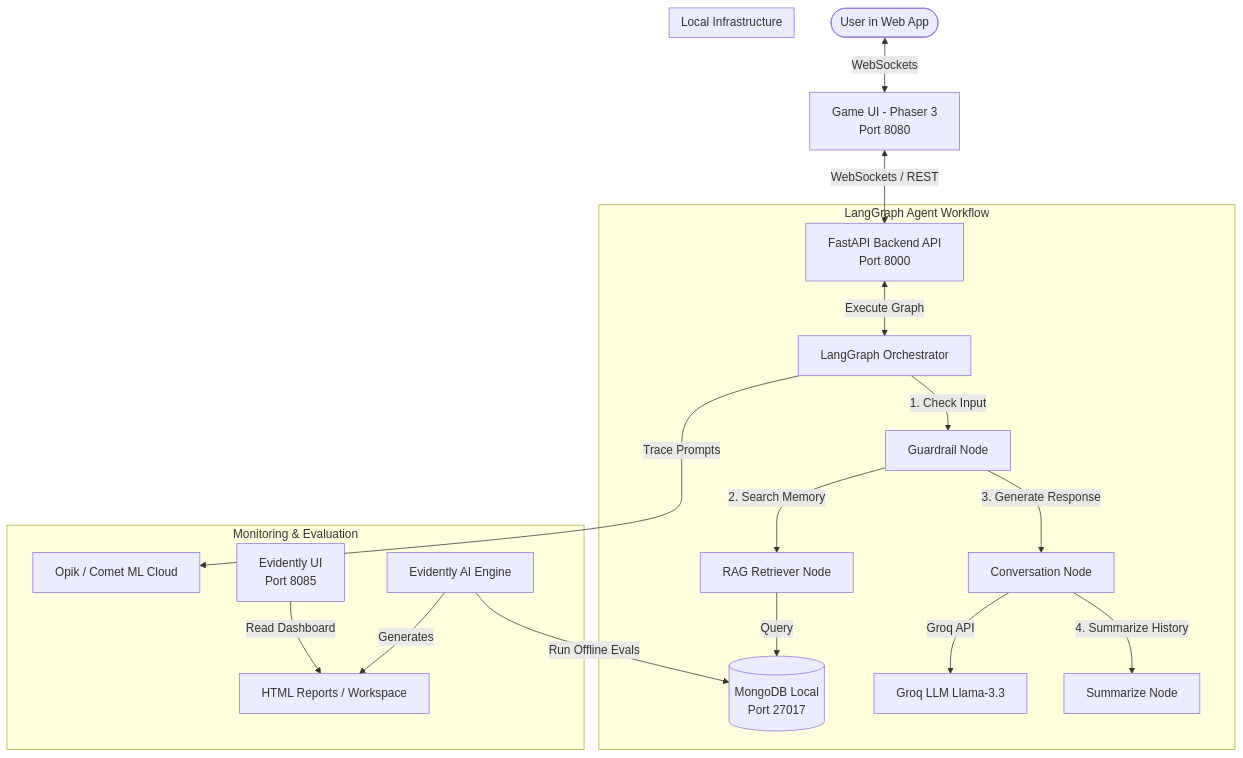
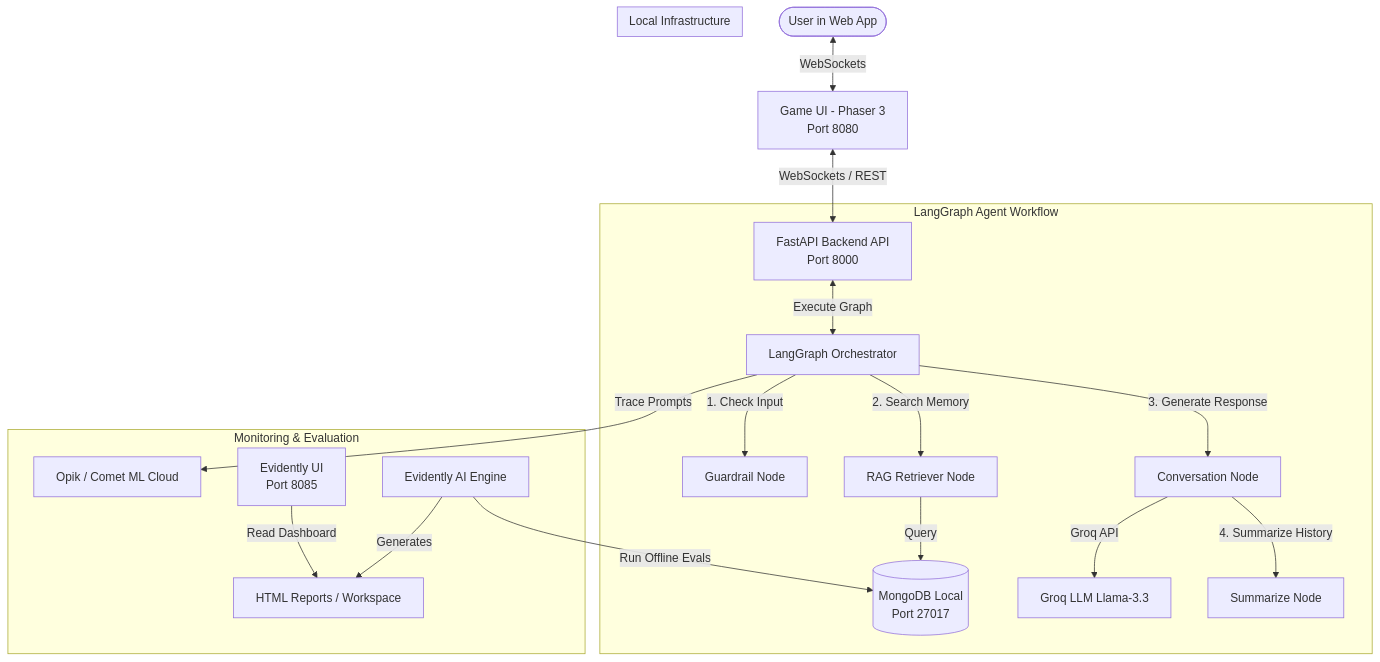
The first of 2 diagrams in README.md (apra05/Philoagents), drawn with Mermaid before and after one commit. The commit also changed other lines of this file, not shown here.

Commit message:
docs: Fix Mermaid syntax errors by quoting special character labels

````diff
--- a/README.md
+++ b/README.md
@@ -44,26 +44,26 @@
 ```mermaid
 graph TD
-    User([User in Web App]) <-->|WebSockets| UI[Game UI - Phaser 3<br>Port 8080]
-    UI <-->|WebSockets / REST| API[FastAPI Backend API<br>Port 8000]
+    User([User in Web App]) <-->|"WebSockets"| UI["Game UI - Phaser 3<br>Port 8080"]
+    UI <-->|"WebSockets / REST"| API["FastAPI Backend API<br>Port 8000"]
     
     subgraph Agentic System [LangGraph Agent Workflow]
-        API <-->|Execute Graph| LG[LangGraph Orchestrator]
-        LG -->|1. Check Input| Guard[Guardrail Node]
-        Guard -->|2. Search Memory| Retrieve[RAG Retriever Node]
-        Retrieve -->|Query| DB
-        Guard -->|3. Generate Response| Conv[Conversation Node]
-        Conv -->|Groq API| Groq[Groq LLM Llama-3.3]
-        Conv -->|4. Summarize History| SumNode[Summarize Node]
+        API <-->|"Execute Graph"| LG[LangGraph Orchestrator]
+        LG -->|"1. Check Input"| Guard[Guardrail Node]
+        LG -->|"2. Search Memory"| Retrieve[RAG Retriever Node]
+        Retrieve -->|"Query"| DB
+        LG -->|"3. Generate Response"| Conv[Conversation Node]
+        Conv -->|"Groq API"| Groq[Groq LLM Llama-3.3]
+        Conv -->|"4. Summarize History"| SumNode[Summarize Node]
     end
 
     subgraph Storage [Local Infrastructure]
-        DB[(MongoDB Local<br>Port 27017)]
+        DB[("MongoDB Local<br>Port 27017")]
     end
 
     subgraph LLMOps [Monitoring & Evaluation]
-        LG -->|Trace Prompts| Opik[Opik / Comet ML Cloud]
-        Eval[Evidently AI Engine] -->|Run Offline Evals| DB
-        Eval -->|Generates| HTML[HTML Reports / Workspace]
-        EvidUI[Evidently UI<br>Port 8085] -->|Read Dashboard| HTML
+        LG -->|"Trace Prompts"| Opik[Opik / Comet ML Cloud]
+        Eval[Evidently AI Engine] -->|"Run Offline Evals"| DB
+        Eval -->|"Generates"| HTML["HTML Reports / Workspace"]
+        EvidUI["Evidently UI<br>Port 8085"] -->|"Read Dashboard"| HTML
     end
 ```
````
